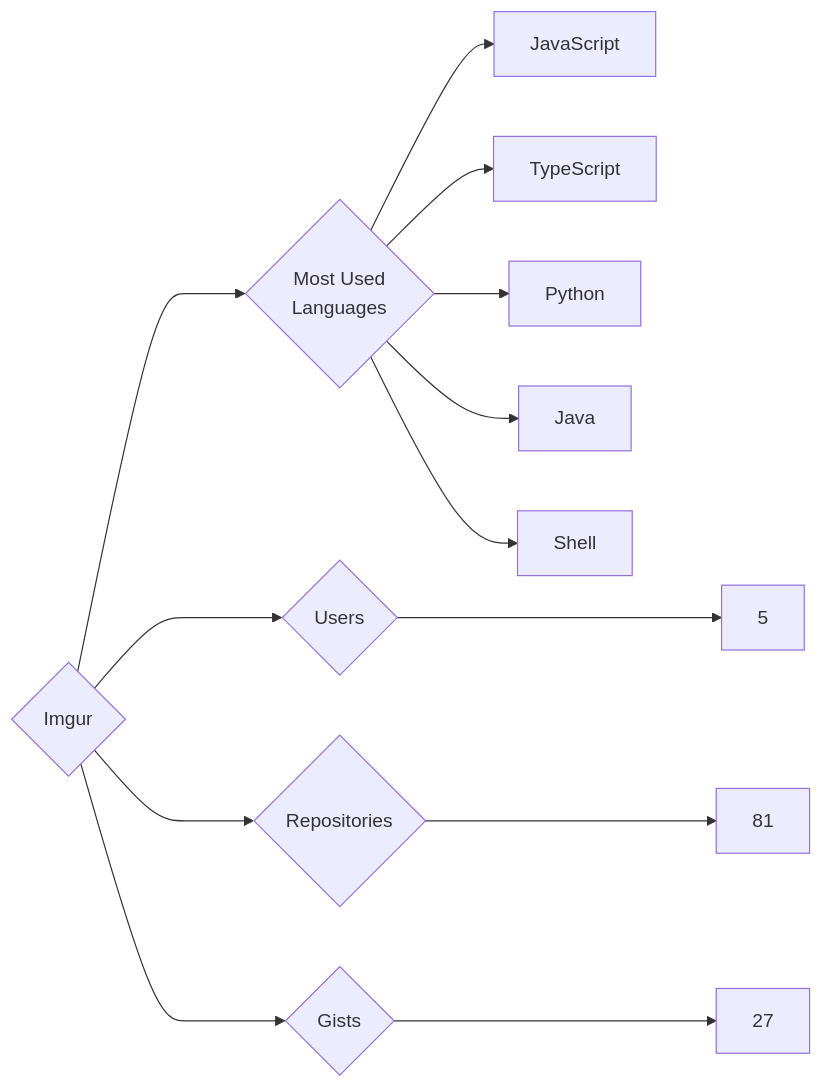
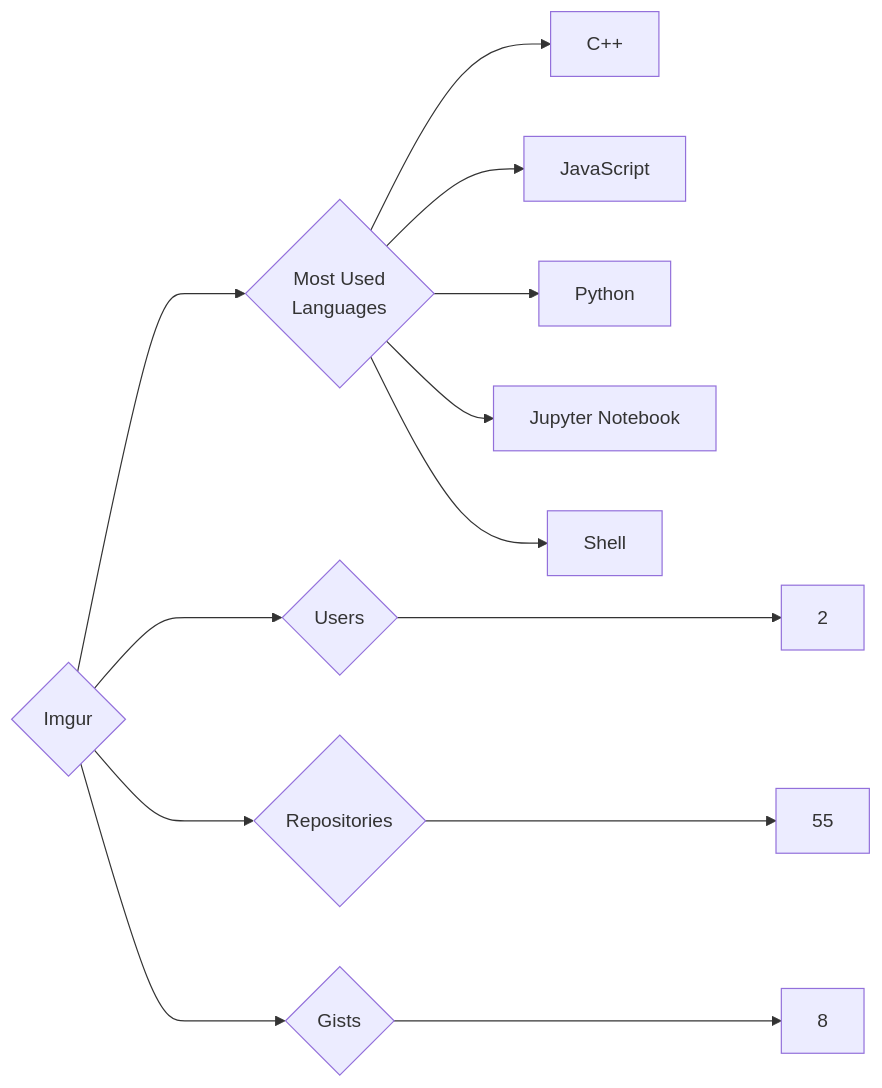
One commit to trickest/insiders changed the diagram in targets/Imgur/README.md. Above: the diagram before and after it, drawn with Mermaid. The commit also changed 724 other files, not shown here.

````diff
--- a/targets/Imgur/README.md
+++ b/targets/Imgur/README.md
@@ -3,13 +3,13 @@
 ```mermaid
 graph LR
 COMPANY_NAME{Imgur}
-COMPANY_NAME ---> U{Users} ---> UN[5]
-COMPANY_NAME ---> R{Repositories} ---> RN[81]
-COMPANY_NAME ---> G{Gists} ---> GN[27]
+COMPANY_NAME ---> U{Users} ---> UN[2]
+COMPANY_NAME ---> R{Repositories} ---> RN[55]
+COMPANY_NAME ---> G{Gists} ---> GN[8]
 COMPANY_NAME ---> ML{Most Used<br>Languages}
+ML --> C++[C++]
 ML --> JavaScript[JavaScript]
-ML --> TypeScript[TypeScript]
 ML --> Python[Python]
-ML --> Java[Java]
+ML --> Jupyter_Notebook[Jupyter Notebook]
 ML --> Shell[Shell]
 ```
````
